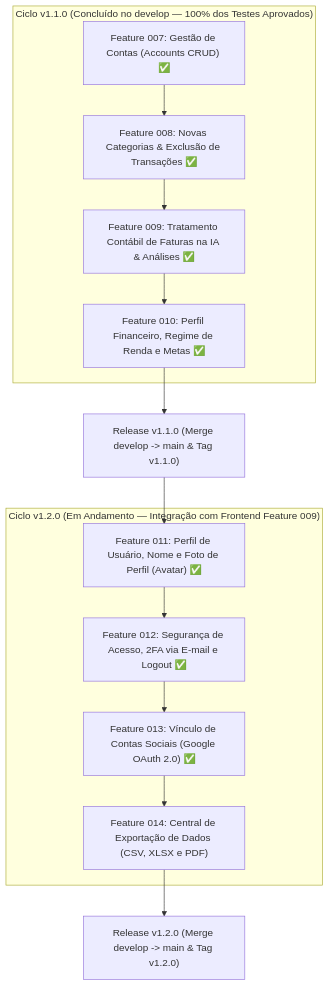
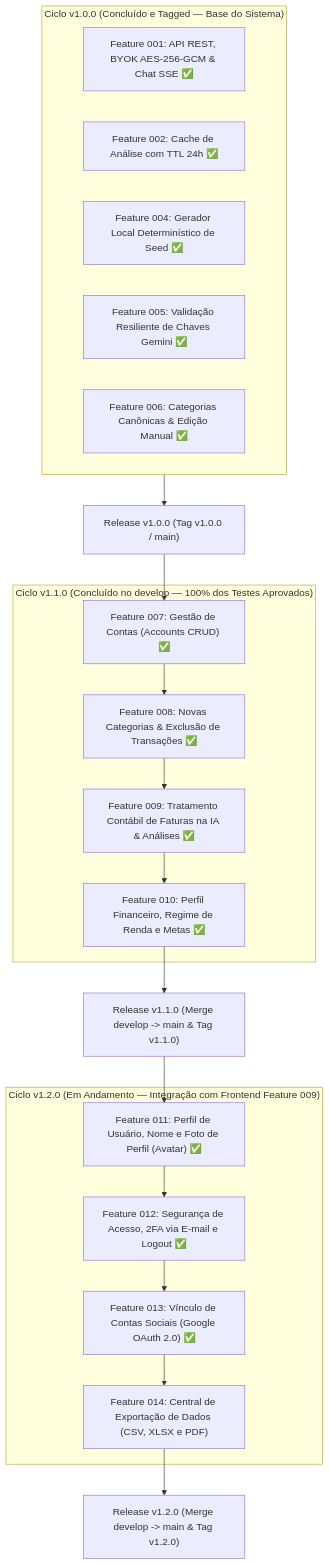
The first of 2 diagrams in ROADMAP.md (Projeto-TCC-Dash/projeto-backend-dashboard), drawn with Mermaid before and after one commit. The commit also changed other lines of this file and 13 other files, not shown here.

````diff
--- a/ROADMAP.md
+++ b/ROADMAP.md
@@ -19,24 +19,34 @@
 ```mermaid
 flowchart TD
+    subgraph v100 ["Ciclo v1.0.0 (Concluído e Tagged — Base do Sistema)"]
+        F001["Feature 001: API REST, BYOK AES-256-GCM & Chat SSE ✅"]
+        F002["Feature 002: Cache de Análise com TTL 24h ✅"]
+        F004["Feature 004: Gerador Local Determinístico de Seed ✅"]
+        F005["Feature 005: Validação Resiliente de Chaves Gemini ✅"]
+        F006["Feature 006: Categorias Canônicas & Edição Manual ✅"]
+    end
+
     subgraph v110 ["Ciclo v1.1.0 (Concluído no develop — 100% dos Testes Aprovados)"]
         F007["Feature 007: Gestão de Contas (Accounts CRUD) ✅"]
         F008["Feature 008: Novas Categorias & Exclusão de Transações ✅"]
         F009["Feature 009: Tratamento Contábil de Faturas na IA & Análises ✅"]
         F010["Feature 010: Perfil Financeiro, Regime de Renda e Metas ✅"]
     end
 
     subgraph v120 ["Ciclo v1.2.0 (Em Andamento — Integração com Frontend Feature 009)"]
         F011["Feature 011: Perfil de Usuário, Nome e Foto de Perfil (Avatar) ✅"]
         F012["Feature 012: Segurança de Acesso, 2FA via E-mail e Logout ✅"]
         F013["Feature 013: Vínculo de Contas Sociais (Google OAuth 2.0) ✅"]
         F014["Feature 014: Central de Exportação de Dados (CSV, XLSX e PDF)"]
     end
 
+    v100 --> Release100["Release v1.0.0 (Tag v1.0.0 / main)"]
+    Release100 --> F007
     F007 --> F008 --> F009 --> F010
     F010 --> Release110["Release v1.1.0 (Merge develop -> main & Tag v1.1.0)"]
     Release110 --> F011
     F011 --> F012
     F012 --> F013
     F013 --> F014
     F014 --> Release120["Release v1.2.0 (Merge develop -> main & Tag v1.2.0)"]
 ```
````
